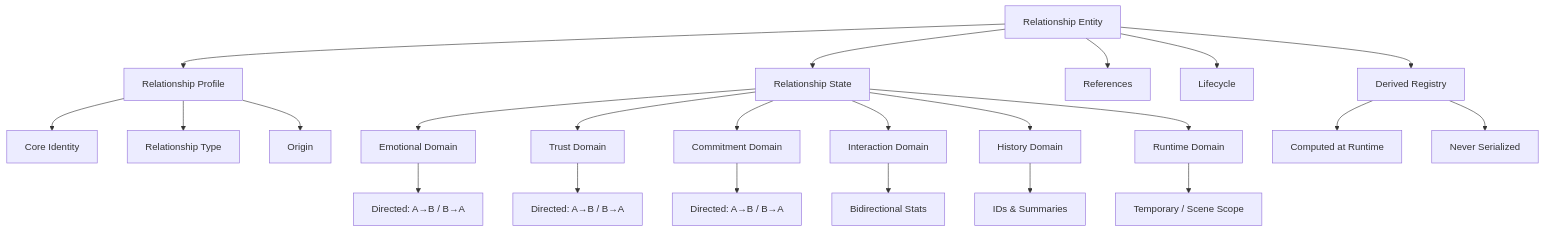
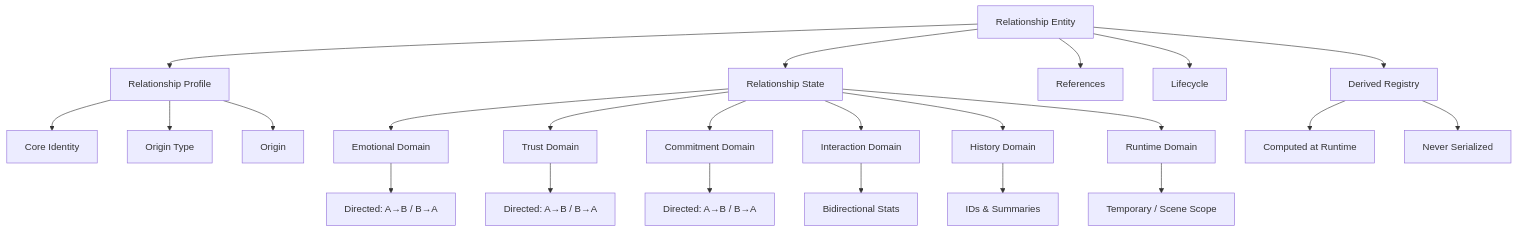
Before and after one commit to yueseyeyu/ai-narrative-rpg-engine: the first of 2 diagrams in docs/03_Data/Relationship_State_Schema.md, drawn with Mermaid. The commit also changed other lines of this file, not shown here.

Commit message:
Relationship State Schema v1.0 RC3: architectural refinements

````diff
--- a/docs/03_Data/Relationship_State_Schema.md
+++ b/docs/03_Data/Relationship_State_Schema.md
@@ -81,30 +81,30 @@
 ```mermaid
 flowchart TD
     REL[Relationship Entity]
     REL --> RP[Relationship Profile]
     REL --> RS[Relationship State]
     REL --> REF[References]
     REL --> LC[Lifecycle]
     REL --> DR[Derived Registry]
 
     RP --> RPI[Core Identity]
-    RP --> RPT[Relationship Type]
+    RP --> RPT[Origin Type]
     RP --> RPO[Origin]
 
     RS --> EMD[Emotional Domain]
     RS --> TRD[Trust Domain]
     RS --> CMD[Commitment Domain]
     RS --> IND[Interaction Domain]
     RS --> HSD[History Domain]
     RS --> RTD[Runtime Domain]
 
     EMD --> DIR1[Directed: A→B / B→A]
     TRD --> DIR2[Directed: A→B / B→A]
     CMD --> DIR3[Directed: A→B / B→A]
     IND --> BID[Bidirectional Stats]
     HSD --> SID[IDs & Summaries]
     RTD --> TMP[Temporary / Scene Scope]
 
     DR --> DR1[Computed at Runtime]
     DR --> DR2[Never Serialized]
 ```
````
